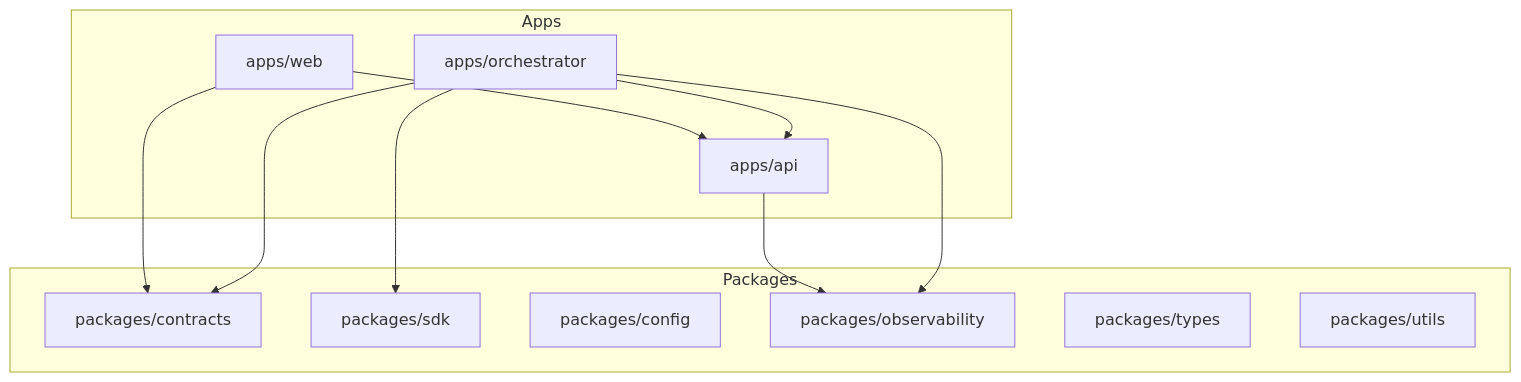
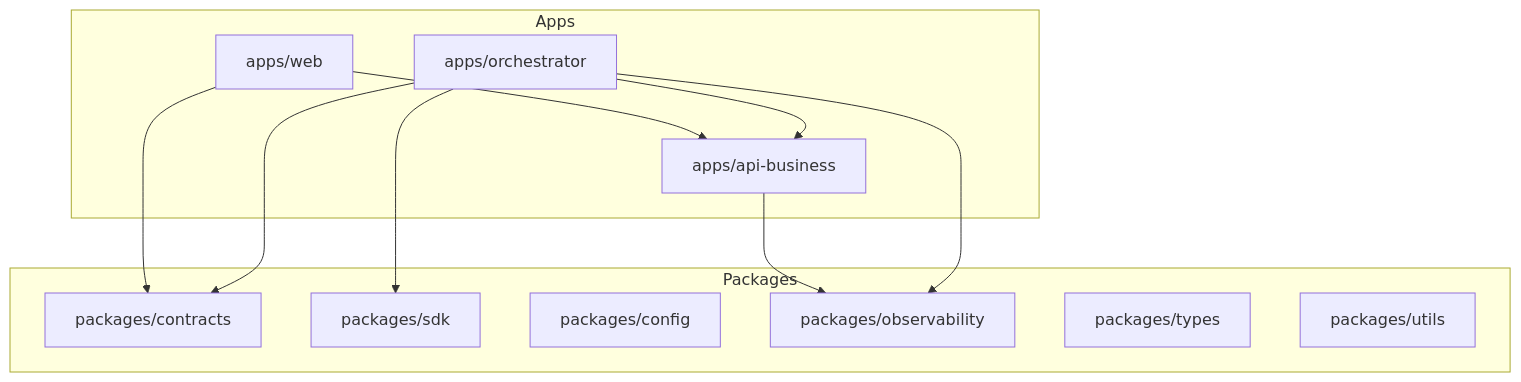
The diagram in docs/wiki/System-Architecture.md (CiceroDeveloper01/rag-platform), drawn with Mermaid before and after one commit. The commit also changed other lines of this file and 527 other files, not shown here.

Commit message:
refactor: align monorepo with web, api-web, api-business and orchestrator boundaries

````diff
--- a/docs/wiki/System-Architecture.md
+++ b/docs/wiki/System-Architecture.md
@@ -22,25 +22,25 @@
 ```mermaid
 flowchart TD
     subgraph Apps
-        API[apps/api]
+        API[apps/api-business]
         WEB[apps/web]
         ORCH[apps/orchestrator]
     end
 
     subgraph Packages
         CONTRACTS[packages/contracts]
         SDK[packages/sdk]
         CONFIG[packages/config]
         OBS[packages/observability]
         TYPES[packages/types]
         UTILS[packages/utils]
     end
 
     WEB --> API
     ORCH --> API
     WEB --> CONTRACTS
     ORCH --> CONTRACTS
     ORCH --> SDK
     API --> OBS
     ORCH --> OBS
 ```
````
